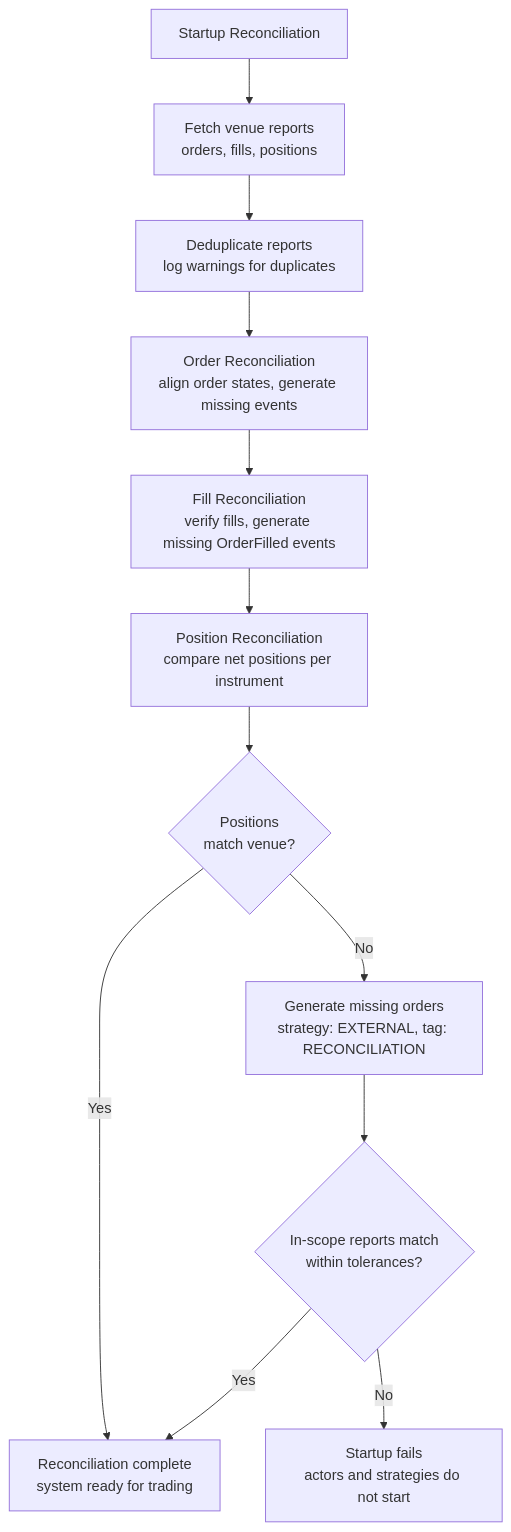
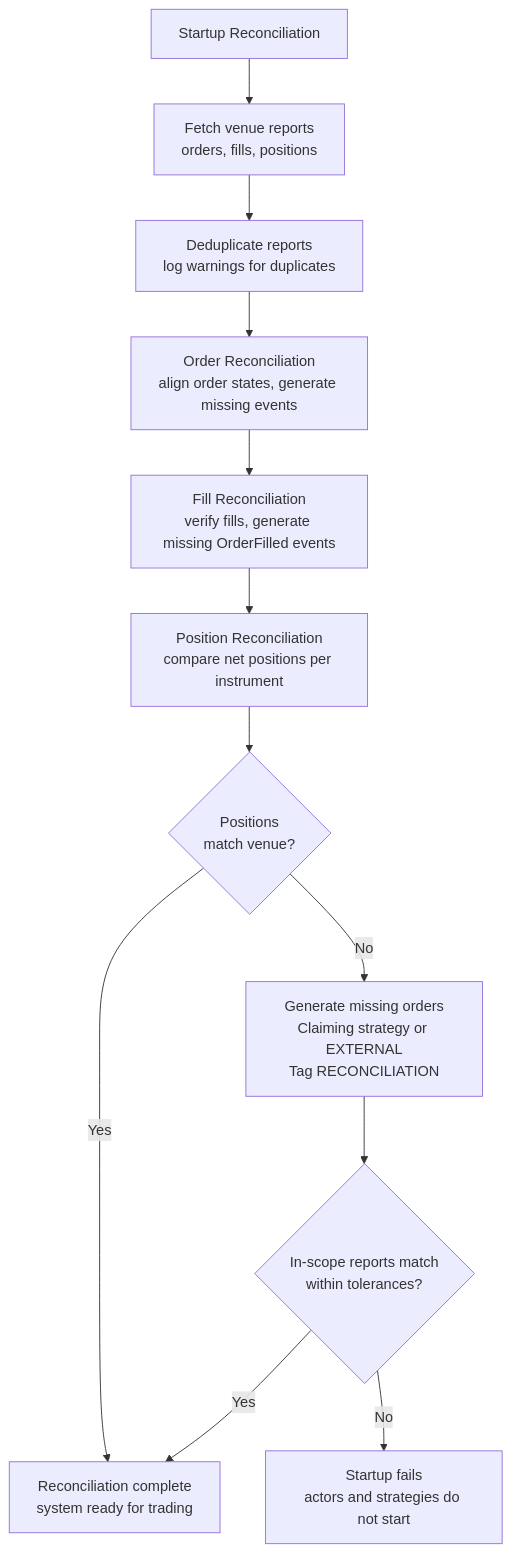
The second of 2 diagrams in docs/concepts/execution/reconciliation.md (nautechsystems/nautilus_trader), drawn with Mermaid before and after one commit. The commit also changed other lines of this file and 4 other files, not shown here.

First line of the commit message:
Test live startup recovery of external orders

````diff
--- a/docs/concepts/execution/reconciliation.md
+++ b/docs/concepts/execution/reconciliation.md
@@ -511,14 +511,14 @@
 ```mermaid
 flowchart TD
     Start[Startup Reconciliation] --> Fetch[Fetch venue reports<br/>orders, fills, positions]
     Fetch --> Dedup[Deduplicate reports<br/>log warnings for duplicates]
     Dedup --> Orders[Order Reconciliation<br/>align order states, generate missing events]
     Orders --> Fills[Fill Reconciliation<br/>verify fills, generate missing OrderFilled events]
     Fills --> Pos[Position Reconciliation<br/>compare net positions per instrument]
     Pos --> Match{Positions<br/>match venue?}
     Match -->|Yes| Done[Reconciliation complete<br/>system ready for trading]
-    Match -->|No| Gen[Generate missing orders<br/>strategy: EXTERNAL, tag: RECONCILIATION]
+    Match -->|No| Gen[Generate missing orders<br/>Claiming strategy or EXTERNAL<br/>Tag RECONCILIATION]
     Gen --> Recovered{In-scope reports match<br/>within tolerances?}
     Recovered -->|Yes| Done
     Recovered -->|No| Abort[Startup fails<br/>actors and strategies do not start]
 ```
````
